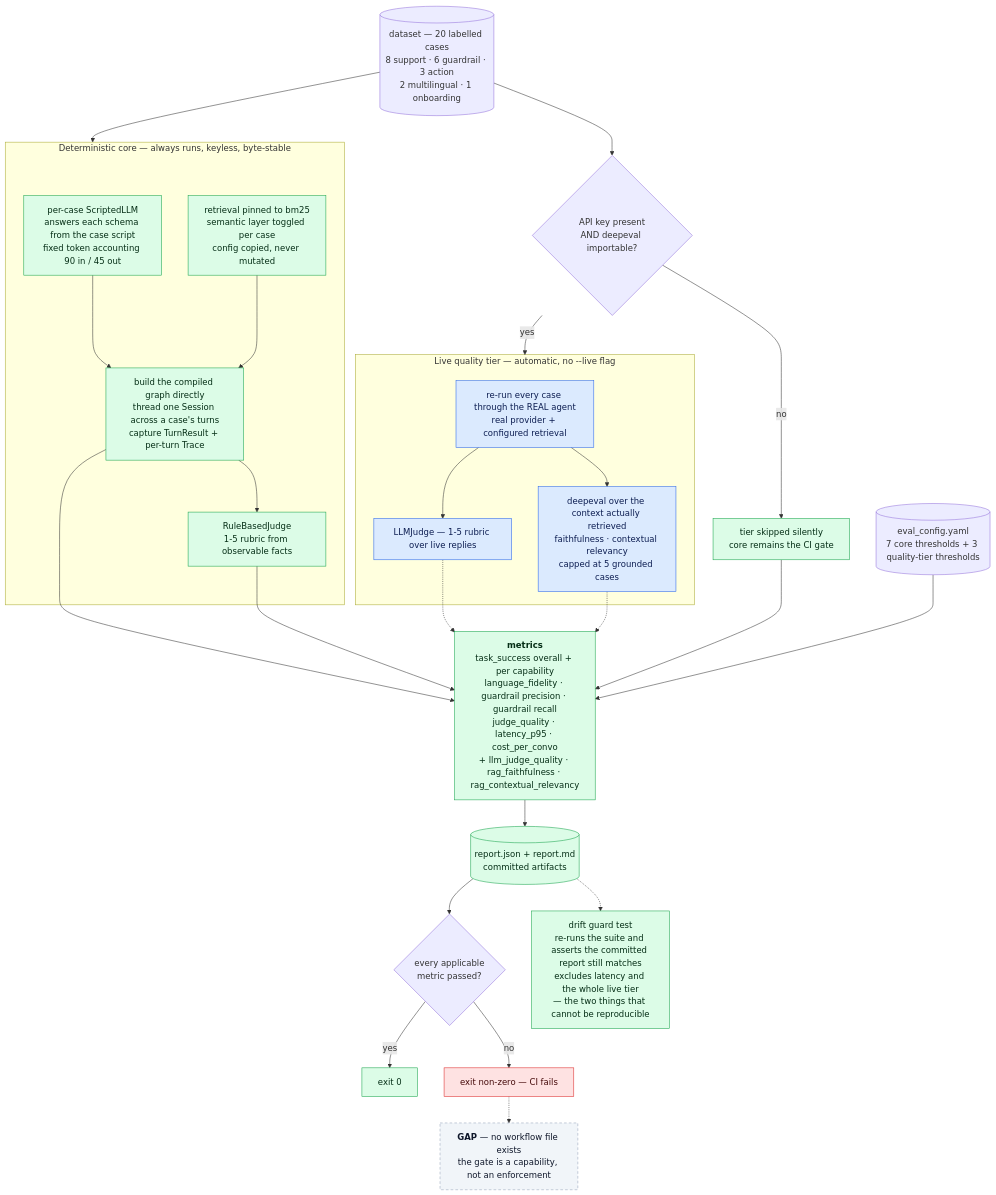
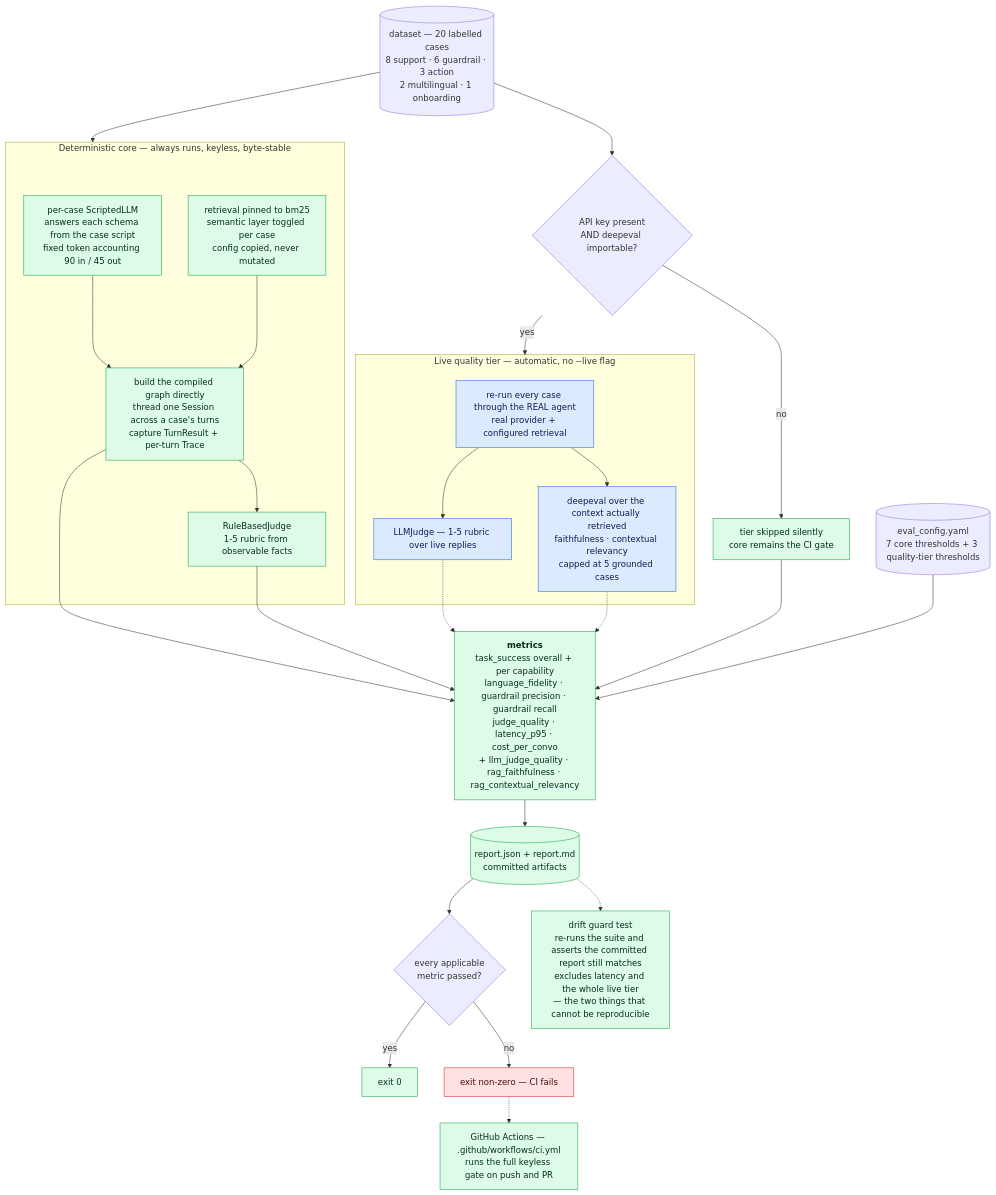
One commit to Deyber2000/zapp-ai-agent changed the diagram in docs/layer-6-evaluation.md. Above: the diagram before and after it, drawn with Mermaid. The commit also changed other lines of this file and 7 other files, not shown here.

````diff
--- a/docs/layer-6-evaluation.md
+++ b/docs/layer-6-evaluation.md
@@ -13,55 +13,54 @@
 ```mermaid
 flowchart TB
     DS[("dataset — 20 labelled cases<br/>8 support · 6 guardrail · 3 action<br/>2 multilingual · 1 onboarding")]
     TH[("eval_config.yaml<br/>7 core thresholds + 3 quality-tier thresholds")]
 
     DS --> CORE
     subgraph CORE["Deterministic core — always runs, keyless, byte-stable"]
         SCR["per-case ScriptedLLM<br/>answers each schema from the case script<br/>fixed token accounting 90 in / 45 out"]
         PIN["retrieval pinned to bm25<br/>semantic layer toggled per case<br/>config copied, never mutated"]
         RUN["build the compiled graph directly<br/>thread one Session across a case's turns<br/>capture TurnResult + per-turn Trace"]
         SCR --> RUN
         PIN --> RUN
         RUN --> RJ["RuleBasedJudge<br/>1-5 rubric from observable facts"]
     end
 
     KEYQ{"API key present<br/>AND deepeval importable?"}
     DS --> KEYQ
     KEYQ -->|no| SKIP["tier skipped silently<br/>core remains the CI gate"]
     KEYQ -->|yes| LIVE
 
     subgraph LIVE["Live quality tier — automatic, no --live flag"]
         REAL["re-run every case through the REAL agent<br/>real provider + configured retrieval"]
         REAL --> LJ["LLMJudge — 1-5 rubric over live replies"]
         REAL --> DE["deepeval over the context actually retrieved<br/>faithfulness · contextual relevancy<br/>capped at 5 grounded cases"]
     end
 
     RUN --> M
     RJ --> M
     LJ -.-> M
     DE -.-> M
     SKIP --> M
     TH --> M
 
     M["<b>metrics</b><br/>task_success overall + per capability<br/>language_fidelity · guardrail precision · guardrail recall<br/>judge_quality · latency_p95 · cost_per_convo<br/>+ llm_judge_quality · rag_faithfulness · rag_contextual_relevancy"]
 
     M --> RPT[("report.json + report.md<br/>committed artifacts")]
     RPT --> EXIT{"every applicable<br/>metric passed?"}
     EXIT -->|yes| Z0["exit 0"]
     EXIT -->|no| Z1["exit non-zero — CI fails"]
 
     GUARD["drift guard test<br/>re-runs the suite and asserts the committed report still matches<br/>excludes latency and the whole live tier<br/>— the two things that cannot be reproducible"]
     RPT -.-> GUARD
 
-    NOCI["<b>GAP</b> — no workflow file exists<br/>the gate is a capability, not an enforcement"]
-    Z1 -.-> NOCI
+    CI["GitHub Actions — .github/workflows/ci.yml<br/>runs the full keyless gate on push and PR"]
+    Z1 -.-> CI
 
     classDef det fill:#dcfce7,stroke:#16a34a,color:#052e16;
     classDef llm fill:#dbeafe,stroke:#2563eb,color:#0c1d51;
     classDef safe fill:#fee2e2,stroke:#dc2626,color:#450a0a;
     classDef gap fill:#f1f5f9,stroke:#94a3b8,color:#0f172a,stroke-dasharray: 5 4;
-    class SCR,PIN,RUN,RJ,M,RPT,GUARD,SKIP,Z0 det;
+    class SCR,PIN,RUN,RJ,M,RPT,GUARD,SKIP,Z0,CI det;
     class REAL,LJ,DE llm;
     class Z1 safe;
-    class NOCI gap;
 ```
````
